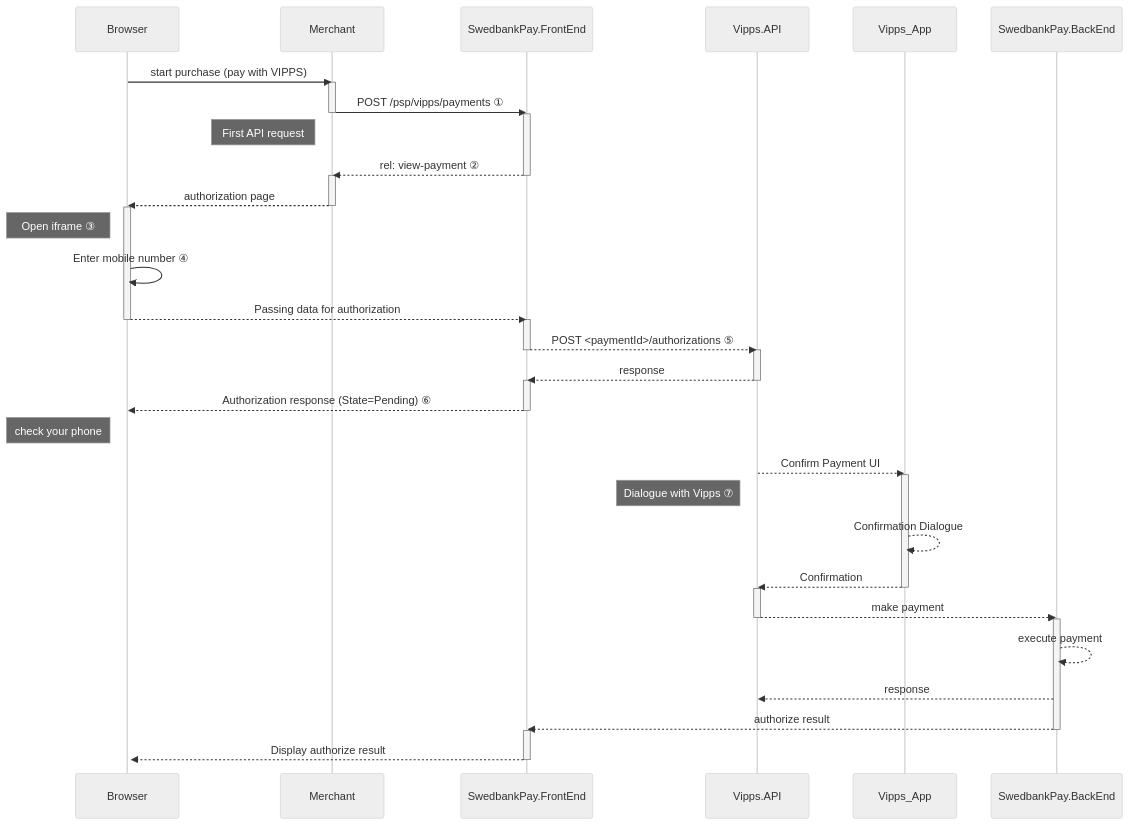
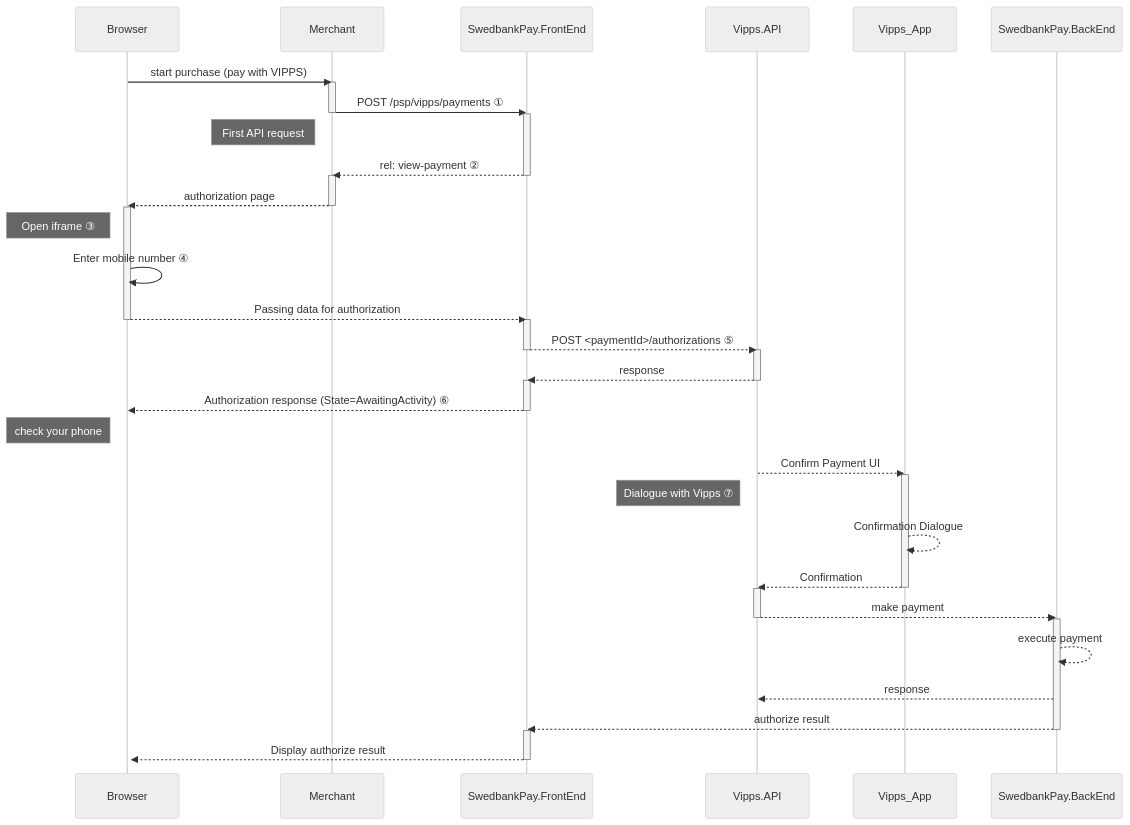
Before and after one commit to SwedbankPay/developer.swedbankpay.com: the diagram in payments/vipps/seamless-view.md, drawn with Mermaid (neutral theme).

Commit message:
DX-491 Updating the state in the authorization response to be AwaitingActivity

````diff
--- a/payments/vipps/seamless-view.md
+++ b/payments/vipps/seamless-view.md
@@ -40,38 +40,38 @@
 ```mermaid
 sequenceDiagram
     Browser->>Merchant: start purchase (pay with VIPPS)
     activate Merchant
     Merchant->>-SwedbankPay.FrontEnd: POST /psp/vipps/payments ①
     activate SwedbankPay.FrontEnd
     note left of Merchant: First API request
     SwedbankPay.FrontEnd-->>-Merchant: rel: view-payment ②
     activate Merchant
     Merchant-->>-Browser: authorization page
     activate Browser
     note left of Browser: Open iframe ③
     Browser->>Browser: Enter mobile number ④
     Browser-->>-SwedbankPay.FrontEnd: Passing data for authorization
     activate SwedbankPay.FrontEnd
 
     SwedbankPay.FrontEnd-->>-Vipps.API: POST <paymentId>/authorizations ⑤
     activate Vipps.API
     Vipps.API-->>-SwedbankPay.FrontEnd: response
     activate SwedbankPay.FrontEnd
-    SwedbankPay.FrontEnd-->>-Browser: Authorization response (State=Pending) ⑥
+    SwedbankPay.FrontEnd-->>-Browser: Authorization response (State=AwaitingActivity) ⑥
     activate Browser
     note left of Browser: check your phone
 
     Vipps.API-->>Vipps_App: Confirm Payment UI
     activate Vipps_App
     note left of Vipps.API: Dialogue with Vipps ⑦
     Vipps_App-->>Vipps_App: Confirmation Dialogue
     Vipps_App-->>-Vipps.API: Confirmation
     activate Vipps.API
     Vipps.API-->>-SwedbankPay.BackEnd: make payment
     activate SwedbankPay.BackEnd
     SwedbankPay.BackEnd-->>SwedbankPay.BackEnd: execute payment
     SwedbankPay.BackEnd-->>Vipps.API: response
     SwedbankPay.BackEnd-->>-SwedbankPay.FrontEnd: authorize result
     activate SwedbankPay.FrontEnd
     SwedbankPay.FrontEnd-->>-Browser: Display authorize result
 ```
````
